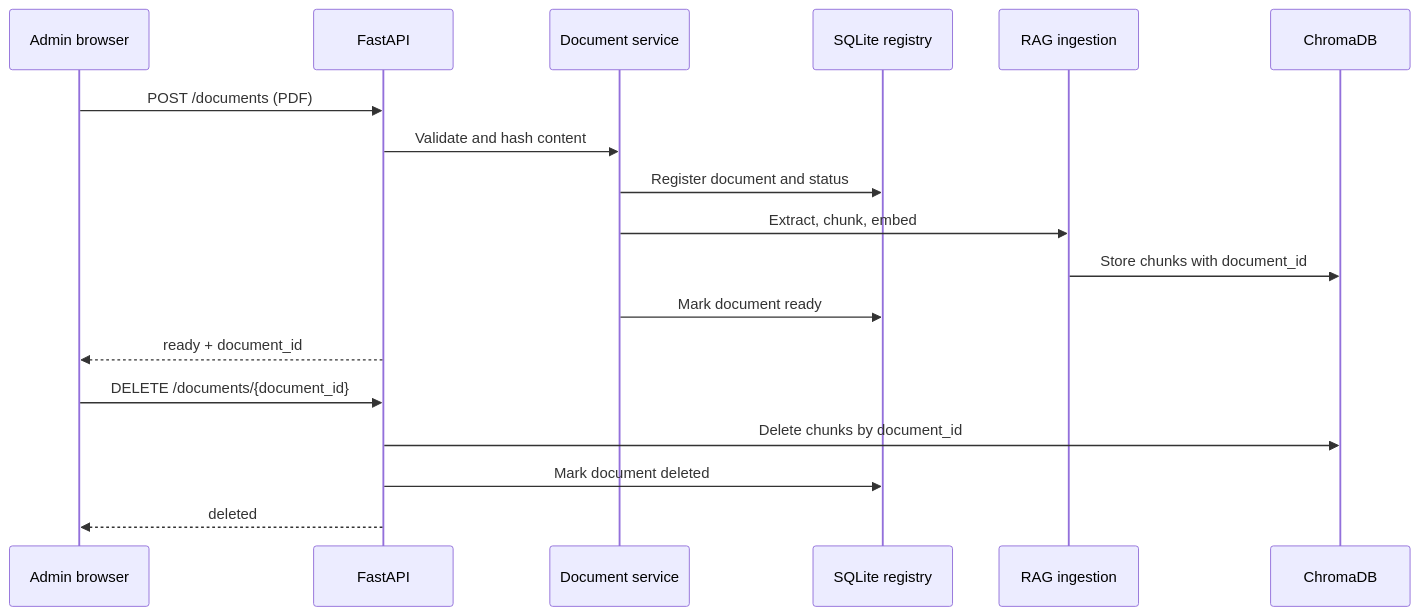
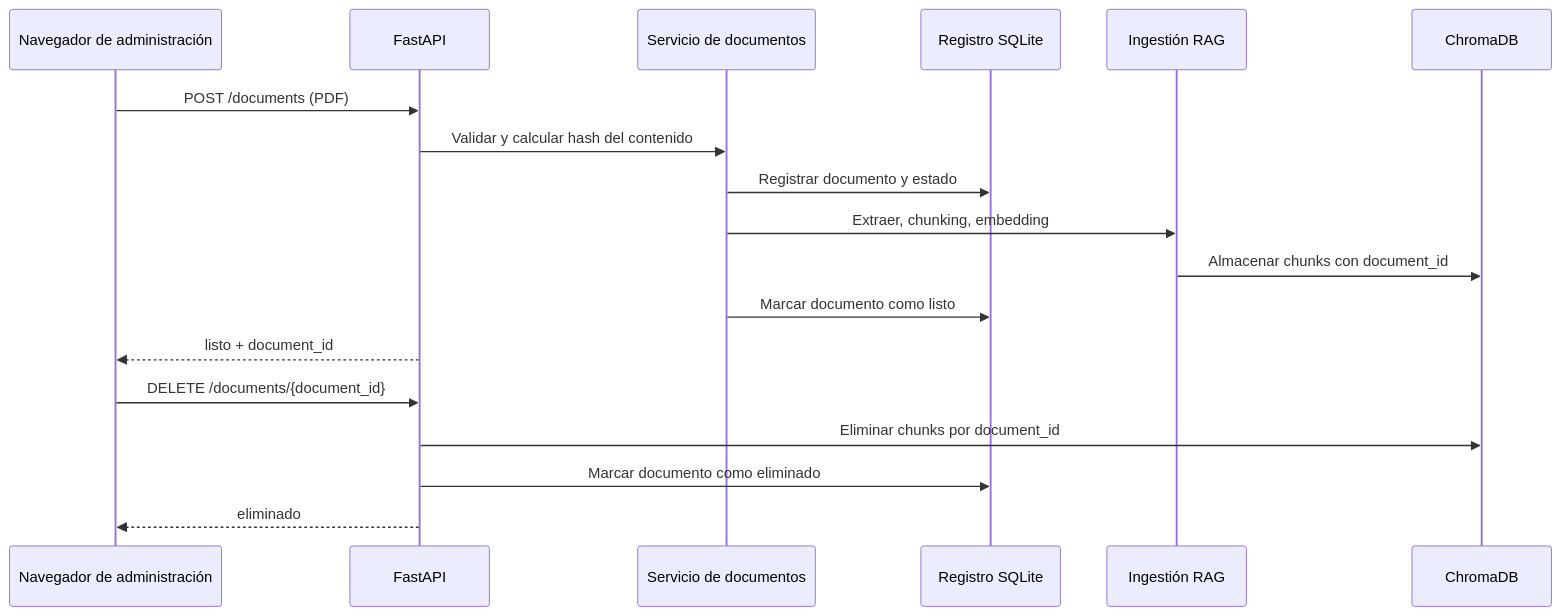
Before and after one commit to Edigiraldo/tech-sphere-challenge: the third of 4 diagrams in docs/ARCHITECTURE-DIAGRAM.md, drawn with Mermaid. The commit also changed other lines of this file and 4 other files, not shown here.

````diff
--- a/docs/ARCHITECTURE-DIAGRAM.md
+++ b/docs/ARCHITECTURE-DIAGRAM.md
@@ -128,22 +128,22 @@
 ```mermaid
 sequenceDiagram
-    participant A as Admin browser
+    participant A as Navegador de administración
     participant API as FastAPI
-    participant S as Document service
-    participant DB as SQLite registry
-    participant R as RAG ingestion
+    participant S as Servicio de documentos
+    participant DB as Registro SQLite
+    participant R as Ingestión RAG
     participant C as ChromaDB
 
     A->>API: POST /documents (PDF)
-    API->>S: Validate and hash content
-    S->>DB: Register document and status
-    S->>R: Extract, chunk, embed
-    R->>C: Store chunks with document_id
-    S->>DB: Mark document ready
-    API-->>A: ready + document_id
+    API->>S: Validar y calcular hash del contenido
+    S->>DB: Registrar documento y estado
+    S->>R: Extraer, chunking, embedding
+    R->>C: Almacenar chunks con document_id
+    S->>DB: Marcar documento como listo
+    API-->>A: listo + document_id
 
     A->>API: DELETE /documents/{document_id}
-    API->>C: Delete chunks by document_id
-    API->>DB: Mark document deleted
-    API-->>A: deleted
+    API->>C: Eliminar chunks por document_id
+    API->>DB: Marcar documento como eliminado
+    API-->>A: eliminado
 ```
````
